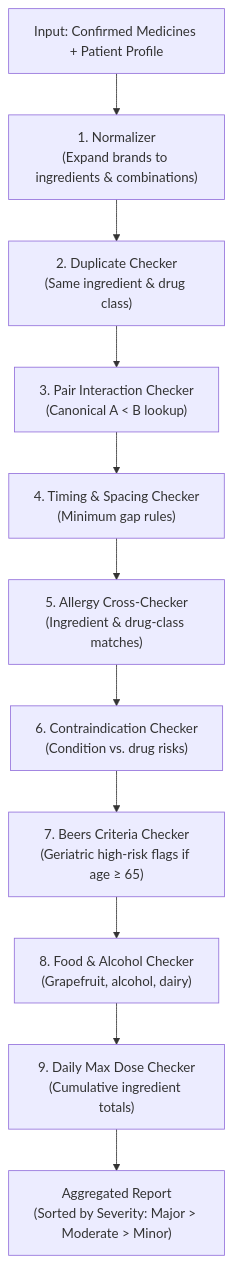
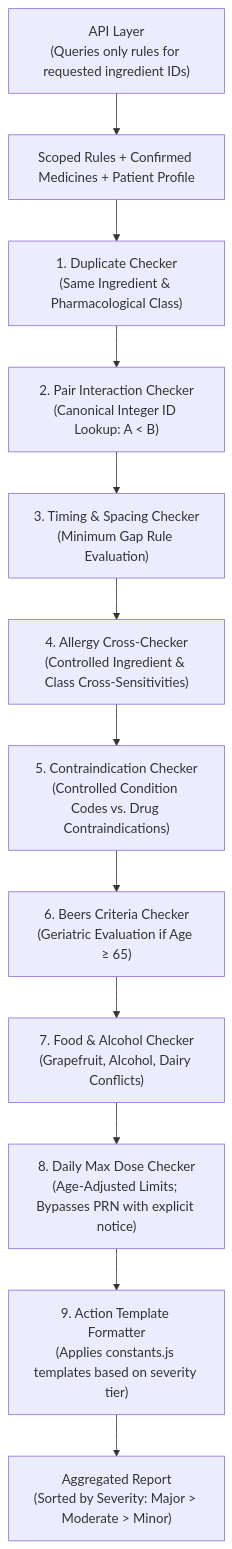
Before and after one commit to Ananya838/MedGuard-Drug-Interaction-Polypharmacy-Safety-Checker: the second of 3 diagrams in docs/PLAN.md, drawn with Mermaid. The commit also changed other lines of this file and 8 other files, not shown here.

````diff
--- a/docs/PLAN.md
+++ b/docs/PLAN.md
@@ -788,13 +851,14 @@
 ```mermaid
 flowchart TD
-    Input["Input: Confirmed Medicines + Patient Profile"] --> Step1["1. Normalizer\n(Expand brands to ingredients & combinations)"]
-    Step1 --> Step2["2. Duplicate Checker\n(Same ingredient & drug class)"]
-    Step2 --> Step3["3. Pair Interaction Checker\n(Canonical A < B lookup)"]
-    Step3 --> Step4["4. Timing & Spacing Checker\n(Minimum gap rules)"]
-    Step4 --> Step5["5. Allergy Cross-Checker\n(Ingredient & drug-class matches)"]
-    Step5 --> Step6["6. Contraindication Checker\n(Condition vs. drug risks)"]
-    Step6 --> Step7["7. Beers Criteria Checker\n(Geriatric high-risk flags if age ≥ 65)"]
-    Step7 --> Step8["8. Food & Alcohol Checker\n(Grapefruit, alcohol, dairy)"]
-    Step8 --> Step9["9. Daily Max Dose Checker\n(Cumulative ingredient totals)"]
+    API["API Layer\n(Queries only rules for requested ingredient IDs)"] --> PureInput["Scoped Rules + Confirmed Medicines + Patient Profile"]
+    PureInput --> Step1["1. Duplicate Checker\n(Same Ingredient & Pharmacological Class)"]
+    Step1 --> Step2["2. Pair Interaction Checker\n(Canonical Integer ID Lookup: A < B)"]
+    Step2 --> Step3["3. Timing & Spacing Checker\n(Minimum Gap Rule Evaluation)"]
+    Step3 --> Step4["4. Allergy Cross-Checker\n(Controlled Ingredient & Class Cross-Sensitivities)"]
+    Step4 --> Step5["5. Contraindication Checker\n(Controlled Condition Codes vs. Drug Contraindications)"]
+    Step5 --> Step6["6. Beers Criteria Checker\n(Geriatric Evaluation if Age ≥ 65)"]
+    Step6 --> Step7["7. Food & Alcohol Checker\n(Grapefruit, Alcohol, Dairy Conflicts)"]
+    Step7 --> Step8["8. Daily Max Dose Checker\n(Age-Adjusted Limits; Bypasses PRN with explicit notice)"]
+    Step8 --> Step9["9. Action Template Formatter\n(Applies constants.js templates based on severity tier)"]
     Step9 --> Output["Aggregated Report\n(Sorted by Severity: Major > Moderate > Minor)"]
 ```
````
